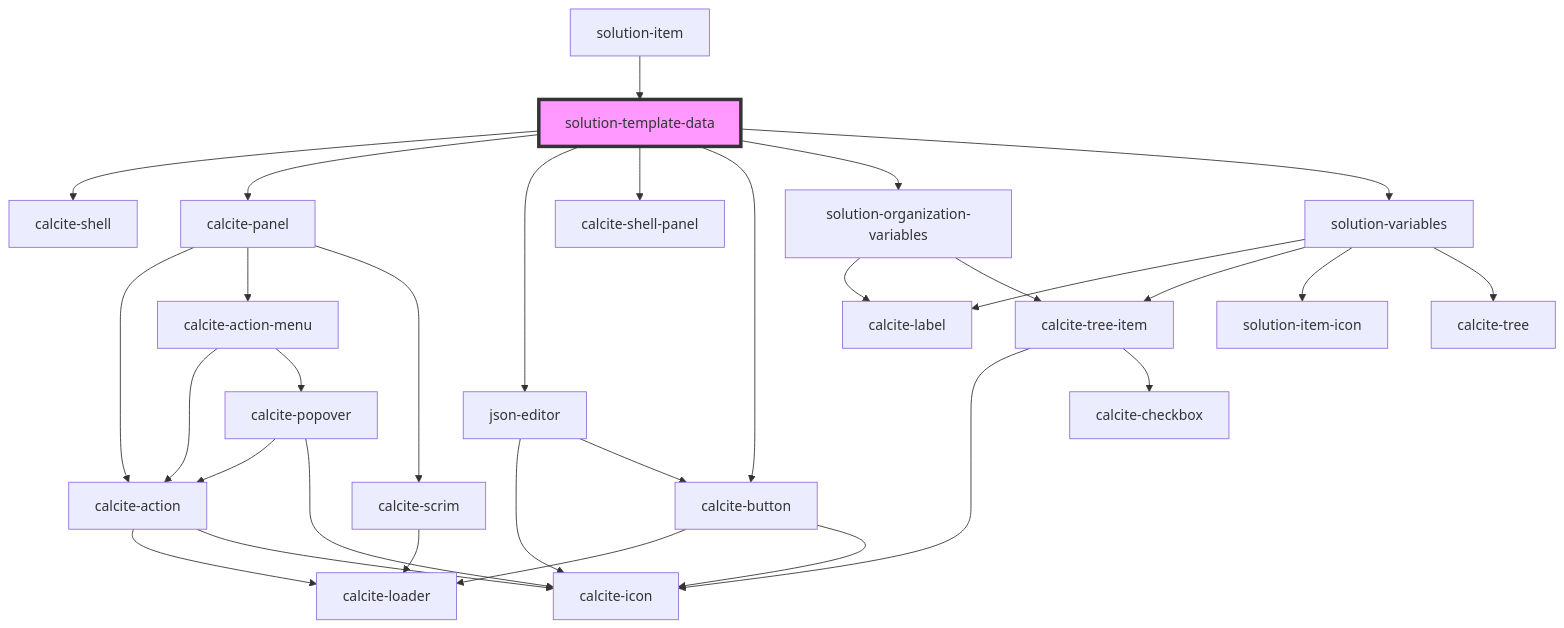
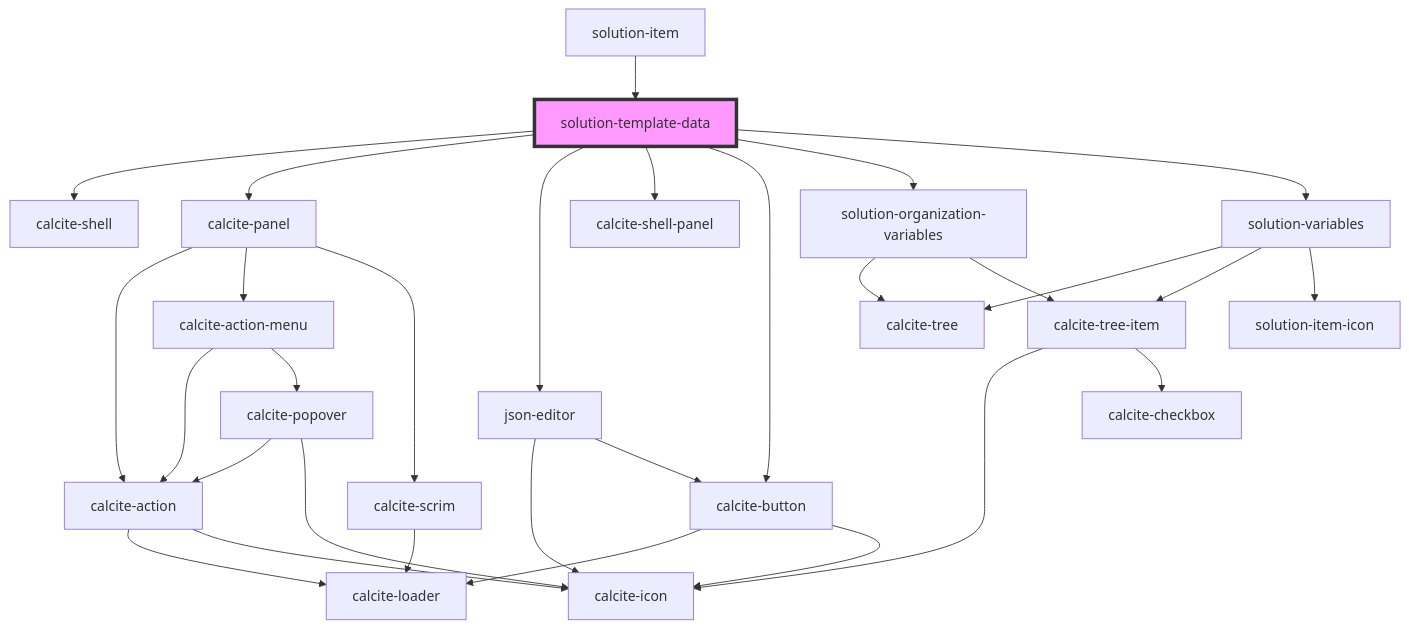
The diagram in src/components/solution-template-data/readme.md (Esri/solutions-components), drawn with Mermaid before and after one commit. The commit also changed other lines of this file and 31 other files, not shown here.

````diff
--- a/src/components/solution-template-data/readme.md
+++ b/src/components/solution-template-data/readme.md
@@ -38,34 +36,33 @@
 ```mermaid
 graph TD;
   solution-template-data --> calcite-shell
   solution-template-data --> calcite-panel
   solution-template-data --> json-editor
   solution-template-data --> calcite-shell-panel
   solution-template-data --> calcite-button
   solution-template-data --> solution-organization-variables
   solution-template-data --> solution-variables
   calcite-panel --> calcite-action
   calcite-panel --> calcite-action-menu
   calcite-panel --> calcite-scrim
   calcite-action --> calcite-loader
   calcite-action --> calcite-icon
   calcite-action-menu --> calcite-action
   calcite-action-menu --> calcite-popover
   calcite-popover --> calcite-action
   calcite-popover --> calcite-icon
   calcite-scrim --> calcite-loader
   json-editor --> calcite-icon
   json-editor --> calcite-button
   calcite-button --> calcite-loader
   calcite-button --> calcite-icon
-  solution-organization-variables --> calcite-label
+  solution-organization-variables --> calcite-tree
   solution-organization-variables --> calcite-tree-item
   calcite-tree-item --> calcite-icon
   calcite-tree-item --> calcite-checkbox
-  solution-variables --> calcite-label
+  solution-variables --> calcite-tree
   solution-variables --> calcite-tree-item
   solution-variables --> solution-item-icon
-  solution-variables --> calcite-tree
   solution-item --> solution-template-data
   style solution-template-data fill:#f9f,stroke:#333,stroke-width:4px
 ```
````
